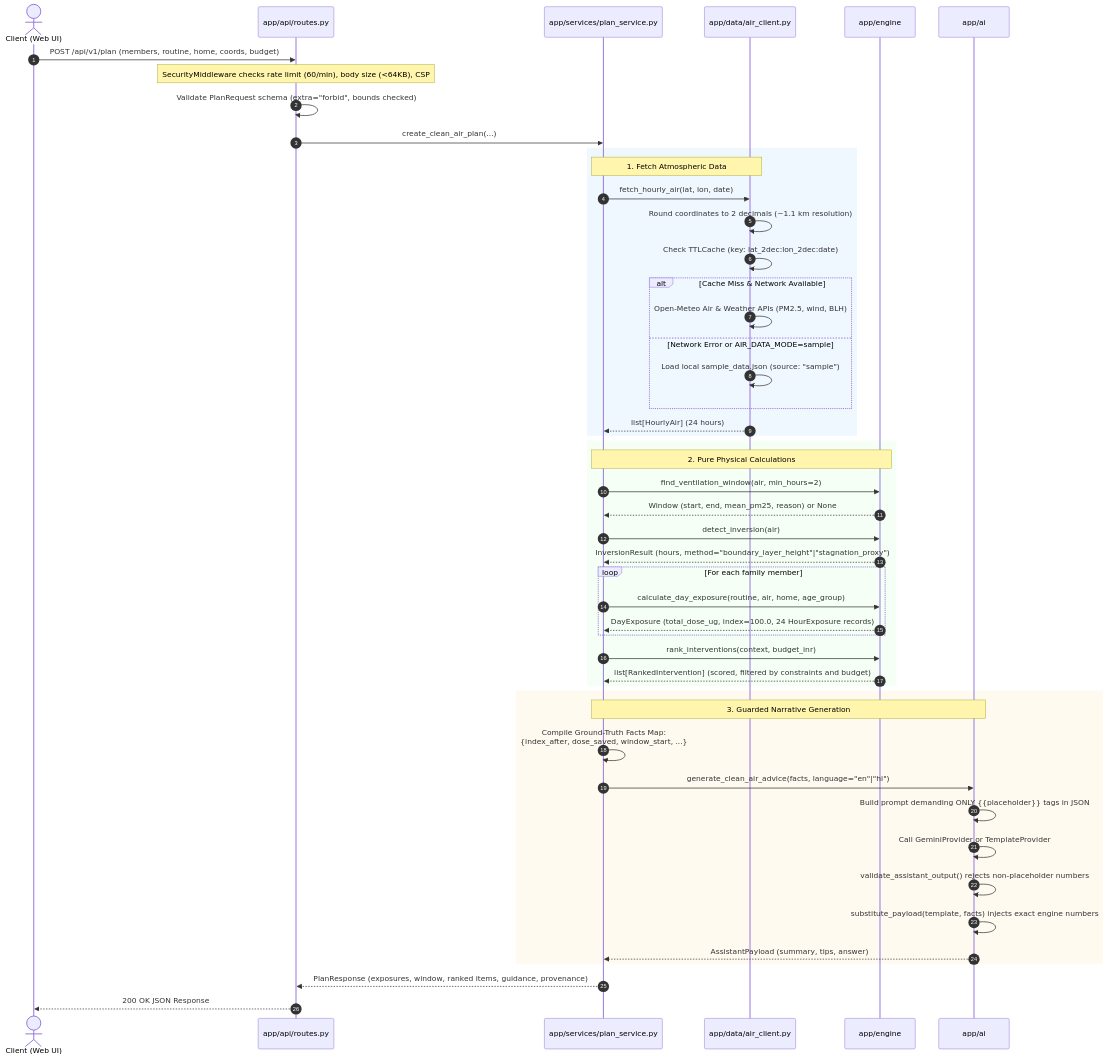
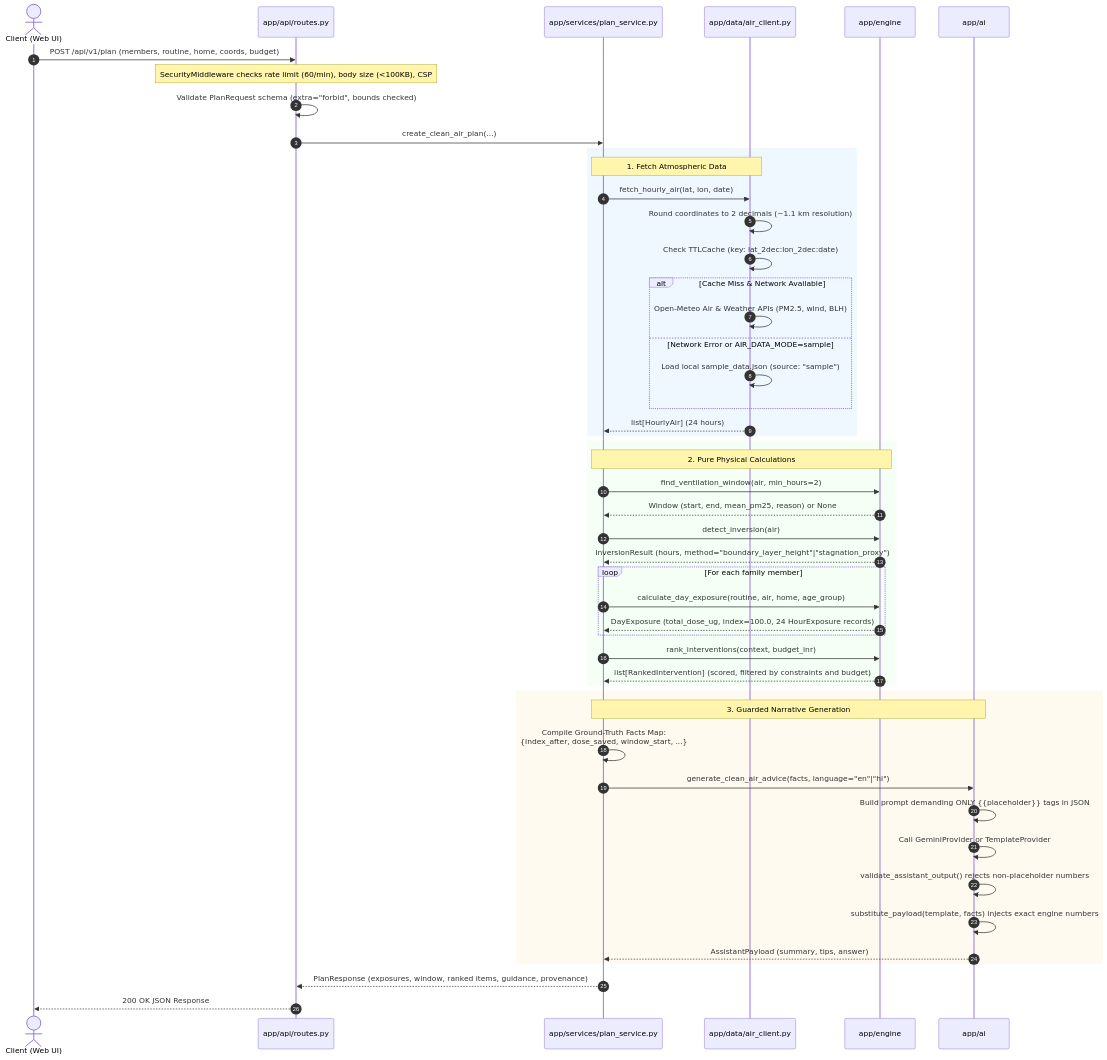
The second of 2 diagrams in ARCHITECTURE.md (Dhinakarg/AirPlan), drawn with Mermaid before and after one commit. The commit also changed other lines of this file and 40 other files, not shown here.

````diff
--- a/ARCHITECTURE.md
+++ b/ARCHITECTURE.md
@@ -71,56 +71,56 @@
 ```mermaid
 sequenceDiagram
     autonumber
     actor User as Client (Web UI)
     participant API as app/api/routes.py
     participant Svc as app/services/plan_service.py
     participant Data as app/data/air_client.py
     participant Engine as app/engine
     participant AI as app/ai
     
     User->>API: POST /api/v1/plan (members, routine, home, coords, budget)
-    Note over API: SecurityMiddleware checks rate limit (60/min), body size (<64KB), CSP
+    Note over API: SecurityMiddleware checks rate limit (60/min), body size (<100KB), CSP
     API->>API: Validate PlanRequest schema (extra="forbid", bounds checked)
     API->>Svc: create_clean_air_plan(...)
     
     rect rgb(240, 248, 255)
         Note over Svc,Data: 1. Fetch Atmospheric Data
         Svc->>Data: fetch_hourly_air(lat, lon, date)
         Data->>Data: Round coordinates to 2 decimals (~1.1 km resolution)
         Data->>Data: Check TTLCache (key: lat_2dec:lon_2dec:date)
         alt Cache Miss & Network Available
             Data->>Data: Open-Meteo Air & Weather APIs (PM2.5, wind, BLH)
         else Network Error or AIR_DATA_MODE=sample
             Data->>Data: Load local sample_data.json (source: "sample")
         end
         Data-->>Svc: list[HourlyAir] (24 hours)
     end
 
     rect rgb(245, 255, 245)
         Note over Svc,Engine: 2. Pure Physical Calculations
         Svc->>Engine: find_ventilation_window(air, min_hours=2)
         Engine-->>Svc: Window (start, end, mean_pm25, reason) or None
         Svc->>Engine: detect_inversion(air)
         Engine-->>Svc: InversionResult (hours, method="boundary_layer_height"|"stagnation_proxy")
         loop For each family member
             Svc->>Engine: calculate_day_exposure(routine, air, home, age_group)
             Engine-->>Svc: DayExposure (total_dose_ug, index=100.0, 24 HourExposure records)
         end
         Svc->>Engine: rank_interventions(context, budget_inr)
         Engine-->>Svc: list[RankedIntervention] (scored, filtered by constraints and budget)
     end
 
     rect rgb(255, 250, 240)
         Note over Svc,AI: 3. Guarded Narrative Generation
         Svc->>Svc: Compile Ground-Truth Facts Map:<br/>{index_after, dose_saved, window_start, ...}
         Svc->>AI: generate_clean_air_advice(facts, language="en"|"hi")
         AI->>AI: Build prompt demanding ONLY {{placeholder}} tags in JSON
         AI->>AI: Call GeminiProvider or TemplateProvider
         AI->>AI: validate_assistant_output() rejects non-placeholder numbers
         AI->>AI: substitute_payload(template, facts) injects exact engine numbers
         AI-->>Svc: AssistantPayload (summary, tips, answer)
     end
 
     Svc-->>API: PlanResponse (exposures, window, ranked items, guidance, provenance)
     API-->>User: 200 OK JSON Response
 ```
````
